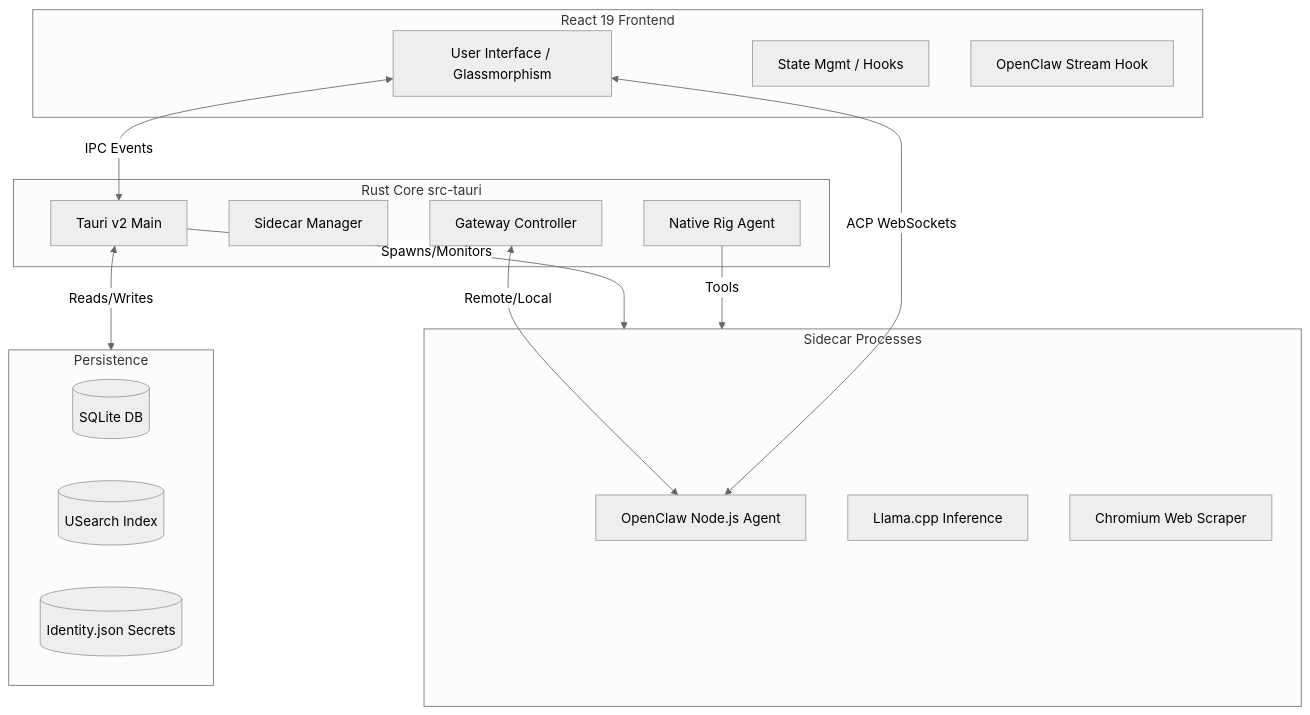
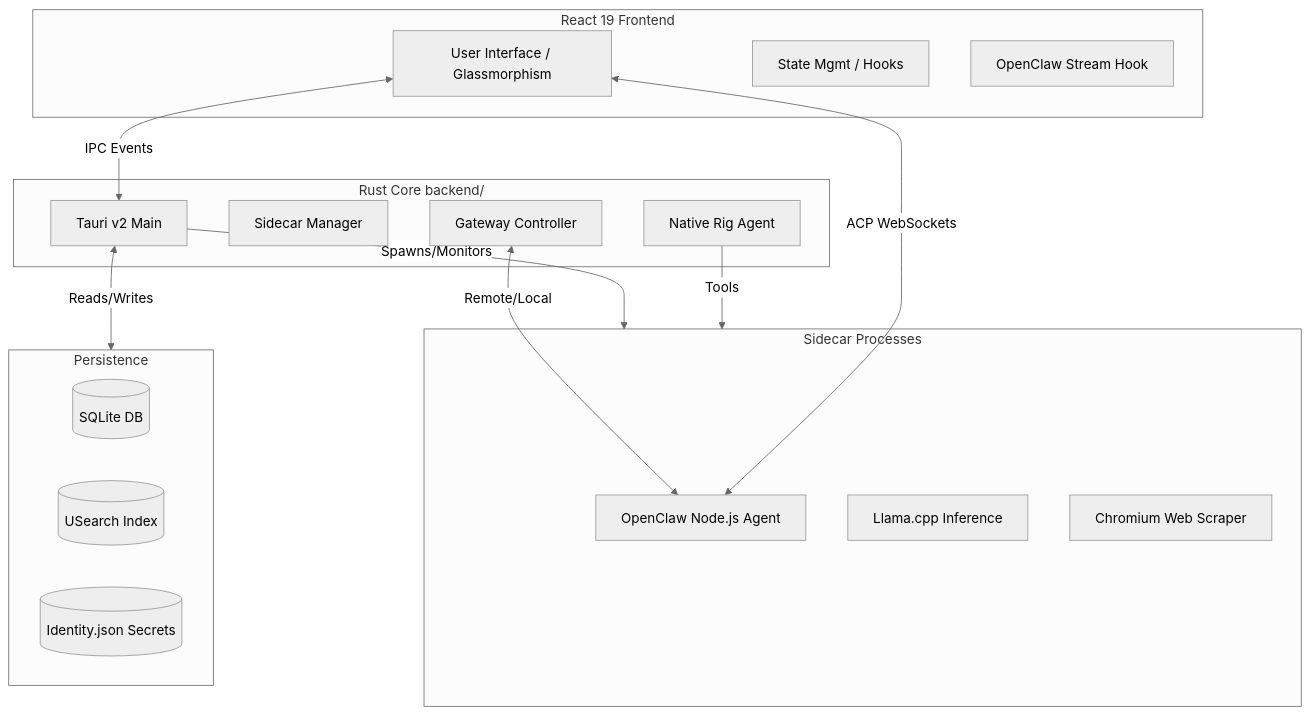
The diagram in README.md (RNT56/ThinClaw), drawn with Mermaid (neutral theme) before and after one commit. The commit also changed other lines of this file and 283 other files, not shown here.

````diff
--- a/README.md
+++ b/README.md
@@ -78,34 +78,34 @@
 ```mermaid
 graph TD
     subgraph Frontend [React 19 Frontend]
         UI[User Interface / Glassmorphism]
         State[State Mgmt / Hooks]
         Stream[OpenClaw Stream Hook]
     end
     
-    subgraph Backend [Rust Core src-tauri]
+    subgraph Backend [Rust Core backend/]
         Tauri[Tauri v2 Main]
         Manager[Sidecar Manager]
         Gateway[Gateway Controller]
         RigAgent[Native Rig Agent]
     end
     
     subgraph Sidecars [Sidecar Processes]
         OpenClaw[OpenClaw Node.js Agent]
         Llama[Llama.cpp Inference]
         Chromium[Chromium Web Scraper]
     end
     
     subgraph Storage [Persistence]
         SQLite[(SQLite DB)]
         Vectors[(USearch Index)]
         Identity[(Identity.json Secrets)]
     end
 
     UI <-->|IPC Events| Tauri
     Tauri -->|Spawns/Monitors| Sidecars
     Tauri <-->|Reads/Writes| Storage
     OpenClaw <-->|ACP WebSockets| UI
     Gateway <-->|Remote/Local| OpenClaw
     RigAgent -->|Tools| Sidecars
 ```
````
